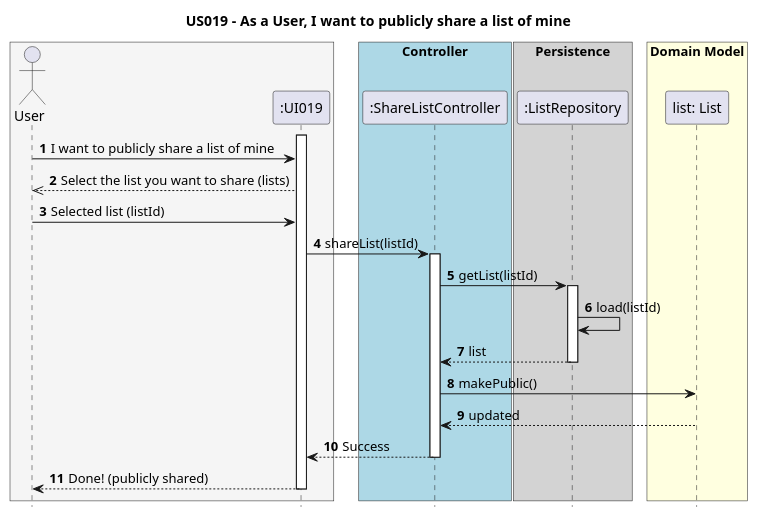
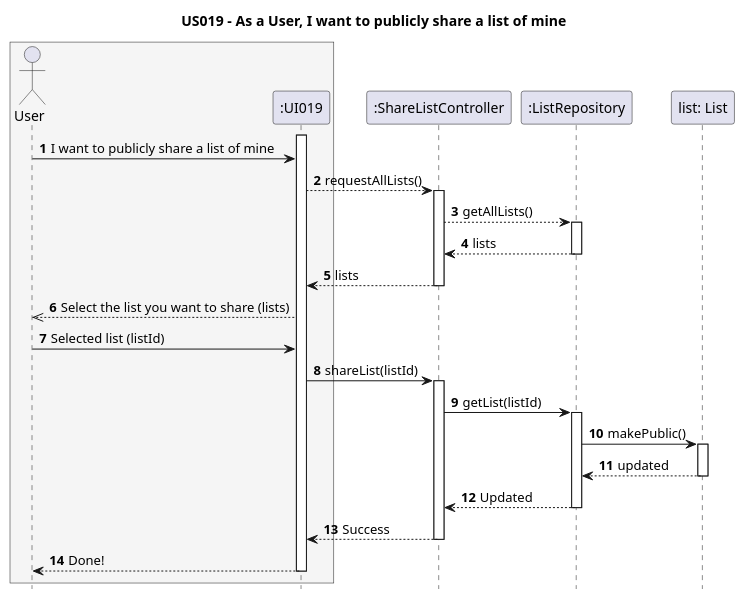
The diagram in Diagrams/SequenceDiagrams/N2/US019-to-publicly-share-a-list.puml (AndrePereiraGitH/SWitCH-Project-Team_A), drawn with PlantUML before and after one commit. The commit also changed 2 other files, not shown here.

Commit message:
Updated #41 and #42 diagrams

```diff
--- a/Diagrams/SequenceDiagrams/N2/US019-to-publicly-share-a-list.puml
+++ b/Diagrams/SequenceDiagrams/N2/US019-to-publicly-share-a-list.puml
@@ -1,53 +1,55 @@
 @startuml
 
 hide footbox
 autonumber
 
 title US019 - As a User, I want to publicly share a list of mine
 
 box #WhiteSmoke
 actor User
 participant ":UI019" as UI
 end box
 
-box "Controller" #LightBlue
 participant ":ShareListController" as ShareListController
-end box
+participant ":ListRepository" as ListRepository
+participant "list: List" as List
 
-box "Persistence" #LightGrey
-participant ":ListRepository" as ListRepository
-end box
+activate UI
 
-box "Domain Model" #LightYellow
-participant "list: List" as List
-end box
+User -> UI : I want to publicly share a list of mine
+UI --> ShareListController: requestAllLists()
 
-' Human contact between User and UI
-activate UI
-User -> UI : I want to publicly share a list of mine
+activate ShareListController
+ShareListController --> ListRepository: getAllLists()
+
+activate ListRepository
+ListRepository --> ShareListController: lists
+deactivate ListRepository
+
+ShareListController --> UI: lists
+deactivate ShareListController
+
 UI -->> User : Select the list you want to share (lists)
 User -> UI : Selected list (listId)
+UI -> ShareListController : shareList(listId)
 
-' First contact between UI and the System
-UI -> ShareListController : shareList(listId)
 activate ShareListController
 ShareListController -> ListRepository : getList(listId)
+activate ListRepository
+ListRepository -> List : makePublic()
 
-activate ListRepository
-ListRepository -> ListRepository : load(listId)
-ListRepository --> ShareListController : list
+activate List
+List --> ListRepository : updated
+deactivate List
+
+ListRepository --> ShareListController: Updated
 deactivate ListRepository
 
-' Domain behavior
-ShareListController -> List : makePublic()
-List --> ShareListController : updated
-
-
-' Return back up
 ShareListController --> UI : Success
 deactivate ShareListController
 
-UI --> User : Done! (publicly shared)
+UI --> User: Done!
+
 deactivate UI
 
 @enduml
```
